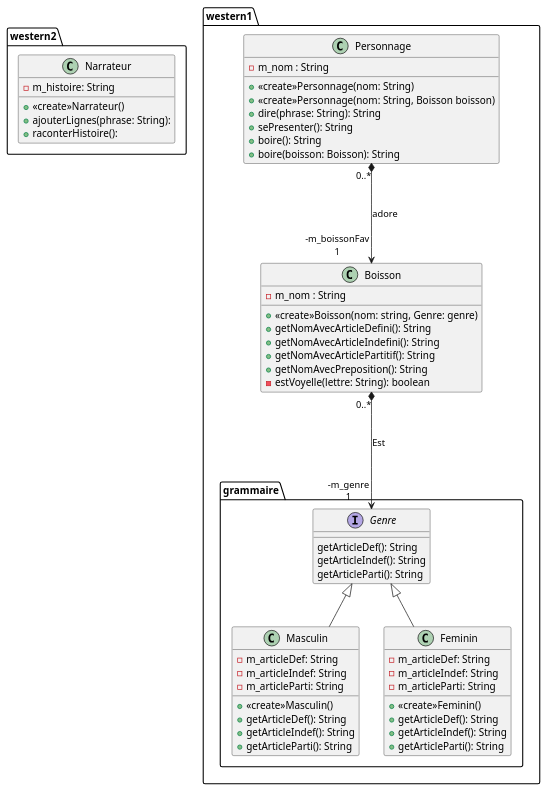
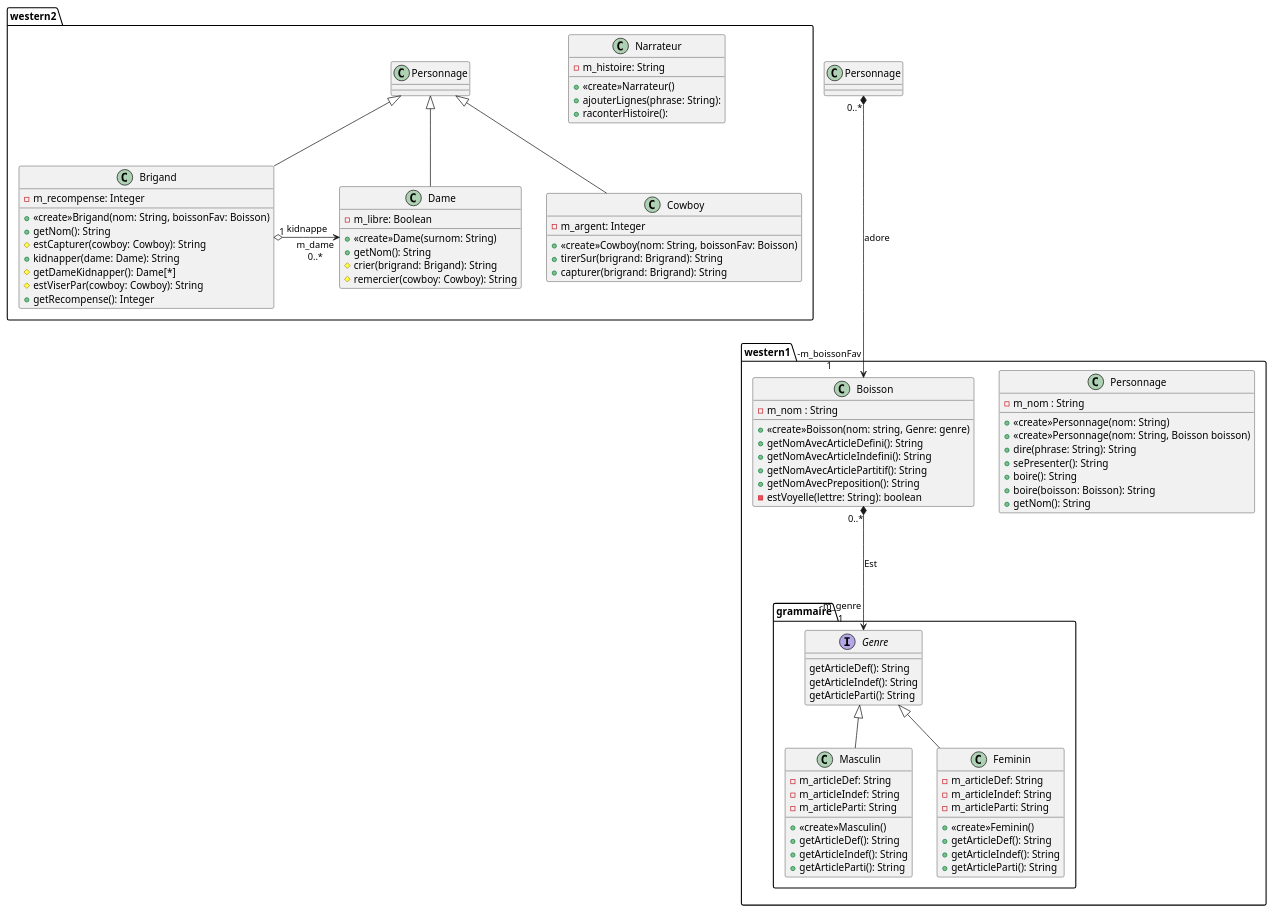
The diagram in src/Histoire1.puml (Omikrone/Western), drawn with PlantUML before and after one commit. The commit also changed 1 other file, not shown here.

Commit message:
uml a jour/ajout getNom() dans perso

```diff
--- a/src/Histoire1.puml
+++ b/src/Histoire1.puml
@@ -1,63 +1,93 @@
 @startuml
 
 package western2{
     class Narrateur{
-    -m_histoire: String
-    +«create»Narrateur()
-    +ajouterLignes(phrase: String):
-    +raconterHistoire():
+        -m_histoire: String
+        +«create»Narrateur()
+        +ajouterLignes(phrase: String):
+        +raconterHistoire():
+    }
+    
+    class Dame extends Personnage{
+        -m_libre: Boolean
+        +«create»Dame(surnom: String)
+        +getNom(): String
+        #crier(brigrand: Brigand): String
+        #remercier(cowboy: Cowboy): String
+    }
+
+    class Brigand extends Personnage{
+        -m_recompense: Integer
+        +«create»Brigand(nom: String, boissonFav: Boisson)
+        +getNom(): String
+        #estCapturer(cowboy: Cowboy): String
+        +kidnapper(dame: Dame): String
+        #getDameKidnapper(): Dame[*]
+        #estViserPar(cowboy: Cowboy): String
+        +getRecompense(): Integer
+    }
+
+    class Cowboy extends Personnage{
+        -m_argent: Integer
+        +«create»Cowboy(nom: String, boissonFav: Boisson)
+        +tirerSur(brigrand: Brigrand): String
+        +capturer(brigrand: Brigrand): String
+    }
+
+    Brigand "1" o-> "m_dame\n0..*"Dame : kidnappe
+
 }
 
-}
 package western1{
 class Personnage{
     -m_nom : String
     +«create»Personnage(nom: String)
     +«create»Personnage(nom: String, Boisson boisson)
     +dire(phrase: String): String
     +sePresenter(): String
     +boire(): String
     +boire(boisson: Boisson): String
+    +getNom(): String
 }
 
 class Boisson{
     -m_nom : String
     +«create»Boisson(nom: string, Genre: genre)
     +getNomAvecArticleDefini(): String
     +getNomAvecArticleIndefini(): String
     +getNomAvecArticlePartitif(): String
     +getNomAvecPreposition(): String
     -estVoyelle(lettre: String): boolean
 }
 
 package grammaire {
     class Masculin extends Genre{
         -m_articleDef: String
         -m_articleIndef: String
         -m_articleParti: String
         +«create»Masculin()
         +getArticleDef(): String
         +getArticleIndef(): String
         +getArticleParti(): String
     }
     class Feminin extends Genre{
         -m_articleDef: String
         -m_articleIndef: String
         -m_articleParti: String
         +«create»Feminin()
         +getArticleDef(): String
         +getArticleIndef(): String
         +getArticleParti(): String
     }
 
     interface Genre{
         getArticleDef(): String
         getArticleIndef(): String
         getArticleParti(): String
     }
 }
 }
 Boisson "0..*" *---> "-m_genre\n1" Genre : Est 
 
 Personnage "0..*" *---> "-m_boissonFav\n1" Boisson : adore
 @enduml
```
